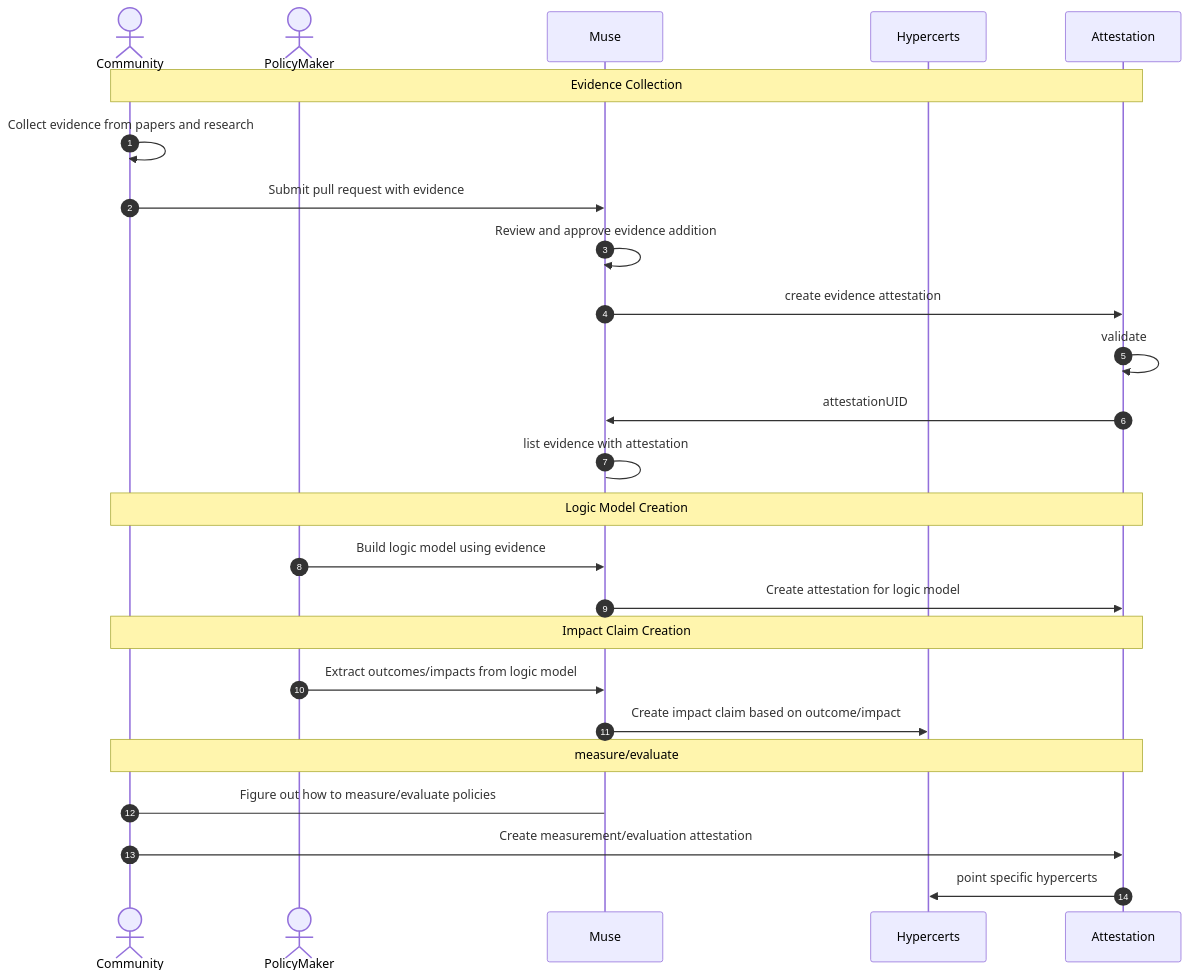
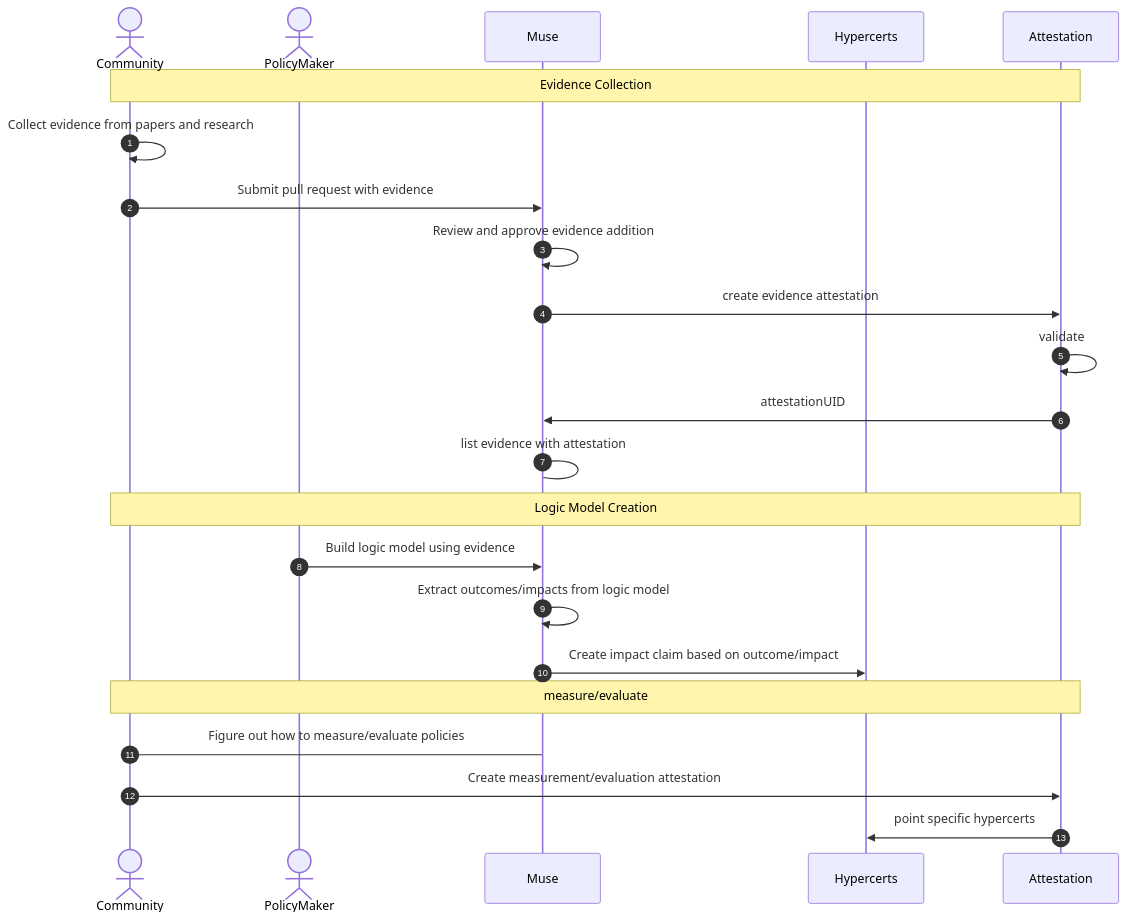
One commit to beaconlabs-io/muse changed the diagram in DEV.md. Above: the diagram before and after it, drawn with Mermaid. The commit also changed 2 other files, not shown here.

Commit message:
chore: add @hypercerts/sdk

````diff
--- a/DEV.md
+++ b/DEV.md
@@ -11,32 +11,29 @@
 ```mermaid
 sequenceDiagram
 		autonumber
     actor Community
     actor PolicyMaker
     participant Muse
     participant Hypercerts
     participant Attestation
 
     Note over Community, Attestation: Evidence Collection
     Community->>Community: Collect evidence from papers and research
     Community->>Muse: Submit pull request with evidence
     Muse->>Muse: Review and approve evidence addition
 		Muse ->> Attestation: create evidence attestation
 		Attestation ->> Attestation: validate
 		Attestation ->> Muse: attestationUID
 		Muse -> Muse: list evidence with attestation
 
     Note over Community, Attestation: Logic Model Creation
 
     PolicyMaker->>Muse: Build logic model using evidence
-    Muse->>Attestation: Create attestation for logic model
-
-    Note over Community, Attestation: Impact Claim Creation
-    PolicyMaker->>Muse: Extract outcomes/impacts from logic model
+    Muse->>Muse: Extract outcomes/impacts from logic model
     Muse->>Hypercerts: Create impact claim based on outcome/impact
 		Note over Community, Attestation: measure/evaluate
 
 		Community -> Muse: Figure out how to measure/evaluate policies
 		Community ->> Attestation: Create measurement/evaluation attestation
 		Attestation ->> Hypercerts: point specific hypercerts
 ```
````
